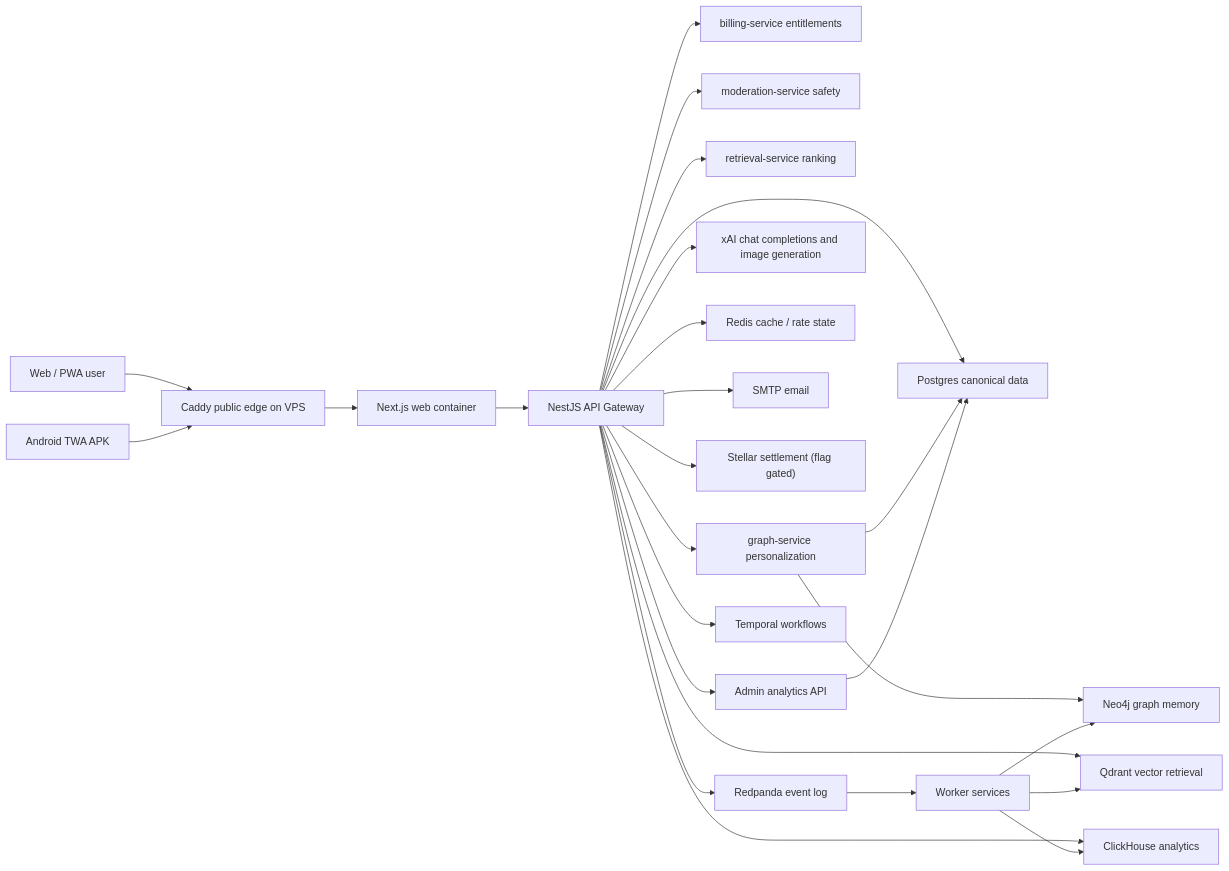
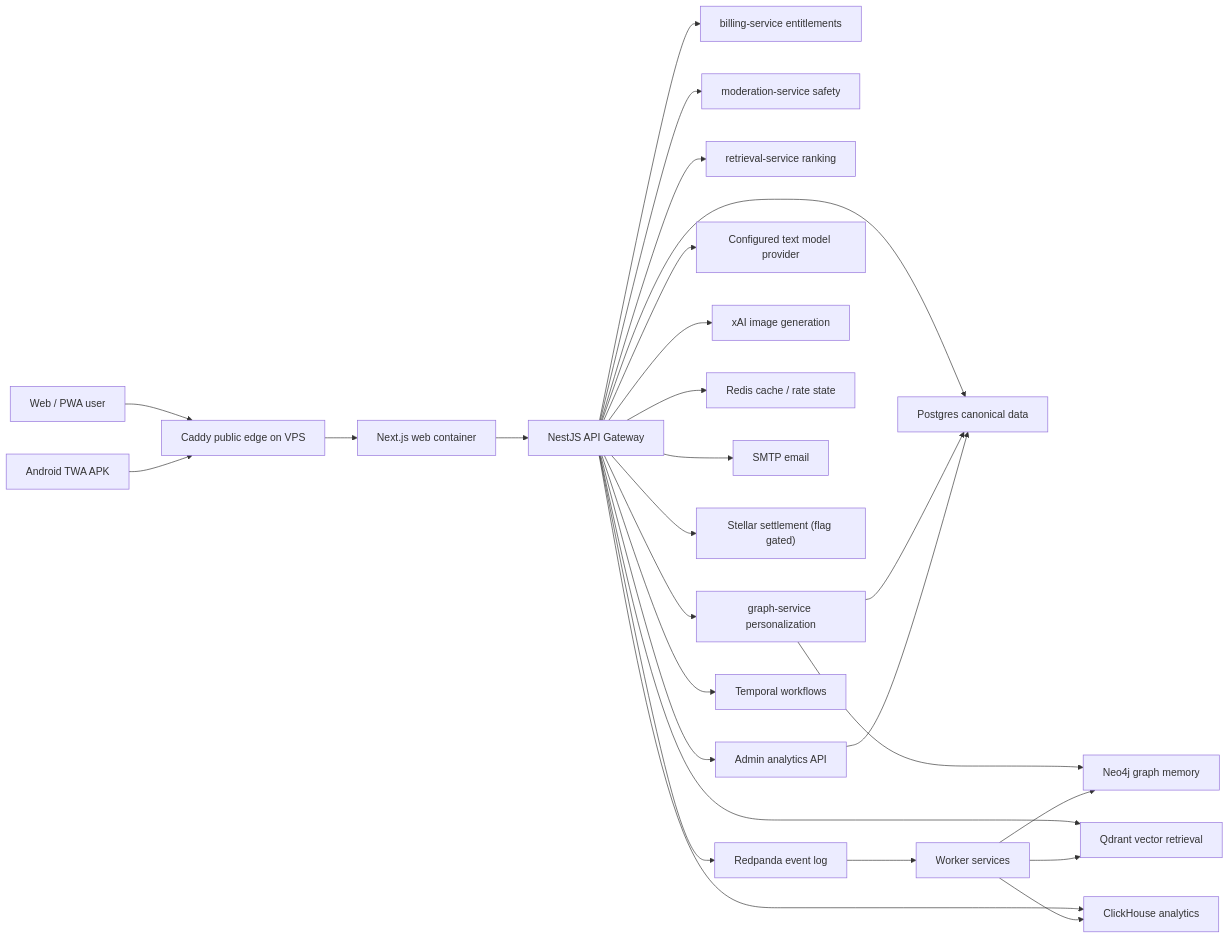
One commit to Afnanksalal/hana-chat changed the first of 5 diagrams in docs/architecture.md. Above: the diagram before and after it, drawn with Mermaid. The commit also changed other lines of this file and 19 other files, not shown here.

Commit message:
Add AgentRouter text model routing

````diff
--- a/docs/architecture.md
+++ b/docs/architecture.md
@@ -7,28 +7,29 @@
 ```mermaid
 flowchart LR
   User["Web / PWA user"] --> Caddy["Caddy public edge on VPS"]
   Android["Android TWA APK"] --> Caddy
   Caddy --> Web["Next.js web container"]
   Web --> Gateway["NestJS API Gateway"]
   Gateway --> Postgres["Postgres canonical data"]
   Gateway --> BillingSvc["billing-service entitlements"]
   Gateway --> ModerationSvc["moderation-service safety"]
   Gateway --> RetrievalSvc["retrieval-service ranking"]
   Gateway --> GraphSvc["graph-service personalization"]
   GraphSvc --> Neo4j["Neo4j graph memory"]
   GraphSvc --> Postgres
   Gateway --> Qdrant["Qdrant vector retrieval"]
-  Gateway --> Xai["xAI chat completions and image generation"]
+  Gateway --> TextModels["Configured text model provider"]
+  Gateway --> Xai["xAI image generation"]
   Gateway --> Redis["Redis cache / rate state"]
   Gateway --> Mail["SMTP email"]
   Gateway --> Stellar["Stellar settlement (flag gated)"]
   Gateway --> Redpanda["Redpanda event log"]
   Gateway --> Temporal["Temporal workflows"]
   Gateway --> ClickHouse["ClickHouse analytics"]
   Redpanda --> Workers["Worker services"]
   Workers --> Qdrant
   Workers --> Neo4j
   Workers --> ClickHouse
   Gateway --> Admin["Admin analytics API"]
   Admin --> Postgres
 ```
````
